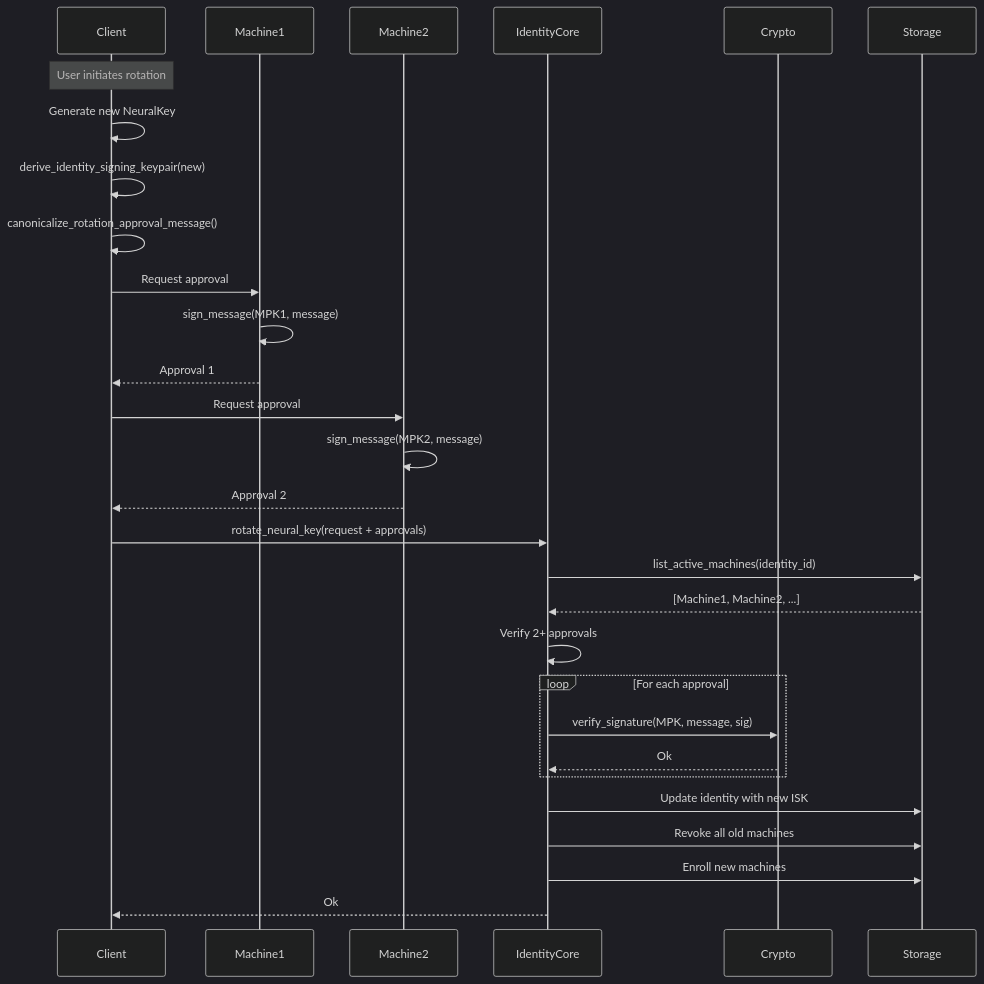
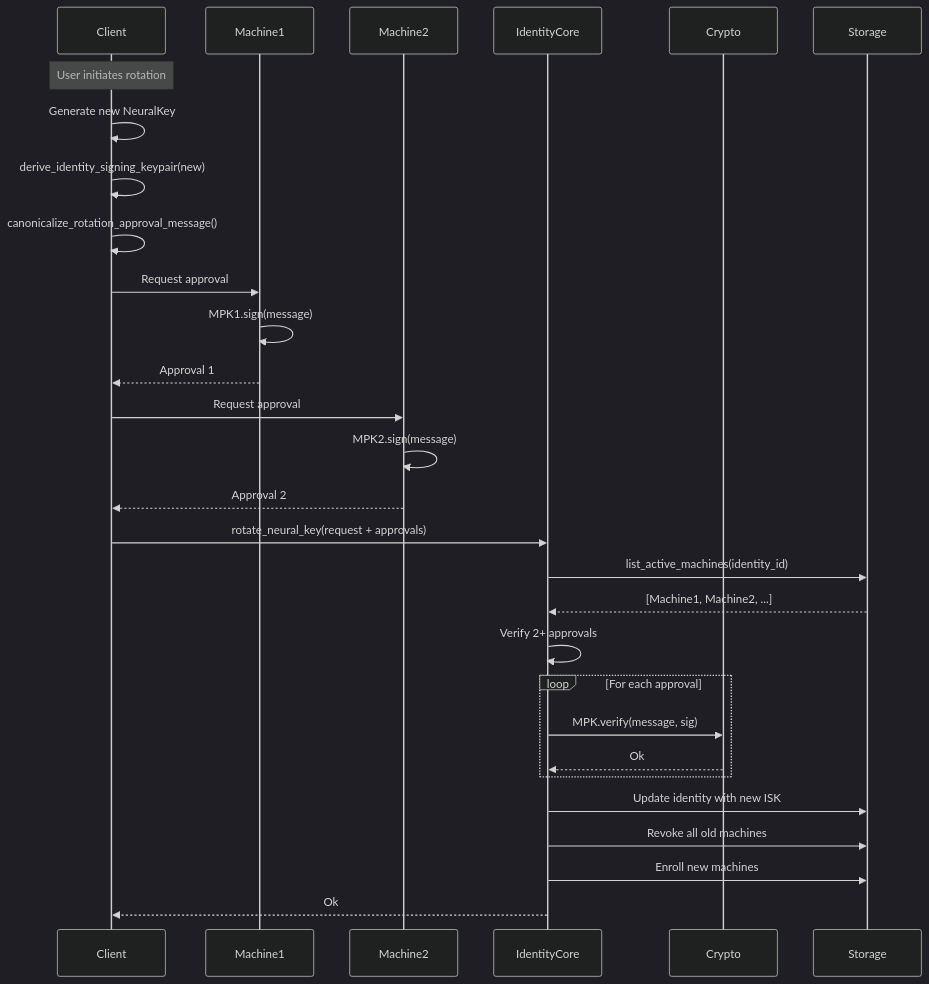
The seventh of 8 diagrams in docs/spec/v0.1.0/04-identity-core.md (cypher-asi/zero-auth), drawn with Mermaid (dark theme) before and after one commit. The commit also changed other lines of this file and 13 other files, not shown here.

First line of the commit message:
docs: remove Ed25519KeyPair, sign_message, and classical-only references from all documentation to reflect PQ-Hybrid migration

````diff
--- a/docs/spec/v0.1.0/04-identity-core.md
+++ b/docs/spec/v0.1.0/04-identity-core.md
@@ -551,40 +551,40 @@
 ```mermaid
 sequenceDiagram
     participant Client
     participant Machine1
     participant Machine2
     participant IdentityCore
     participant Crypto
     participant Storage
     
     Note over Client: User initiates rotation
     Client->>Client: Generate new NeuralKey
     Client->>Client: derive_identity_signing_keypair(new)
     Client->>Client: canonicalize_rotation_approval_message()
     
     Client->>Machine1: Request approval
-    Machine1->>Machine1: sign_message(MPK1, message)
+    Machine1->>Machine1: MPK1.sign(message)
     Machine1-->>Client: Approval 1
     
     Client->>Machine2: Request approval
-    Machine2->>Machine2: sign_message(MPK2, message)
+    Machine2->>Machine2: MPK2.sign(message)
     Machine2-->>Client: Approval 2
     
     Client->>IdentityCore: rotate_neural_key(request + approvals)
     
     IdentityCore->>Storage: list_active_machines(identity_id)
     Storage-->>IdentityCore: [Machine1, Machine2, ...]
     
     IdentityCore->>IdentityCore: Verify 2+ approvals
     
     loop For each approval
-        IdentityCore->>Crypto: verify_signature(MPK, message, sig)
+        IdentityCore->>Crypto: MPK.verify(message, sig)
         Crypto-->>IdentityCore: Ok
     end
     
     IdentityCore->>Storage: Update identity with new ISK
     IdentityCore->>Storage: Revoke all old machines
     IdentityCore->>Storage: Enroll new machines
     
     IdentityCore-->>Client: Ok
 ```
````
